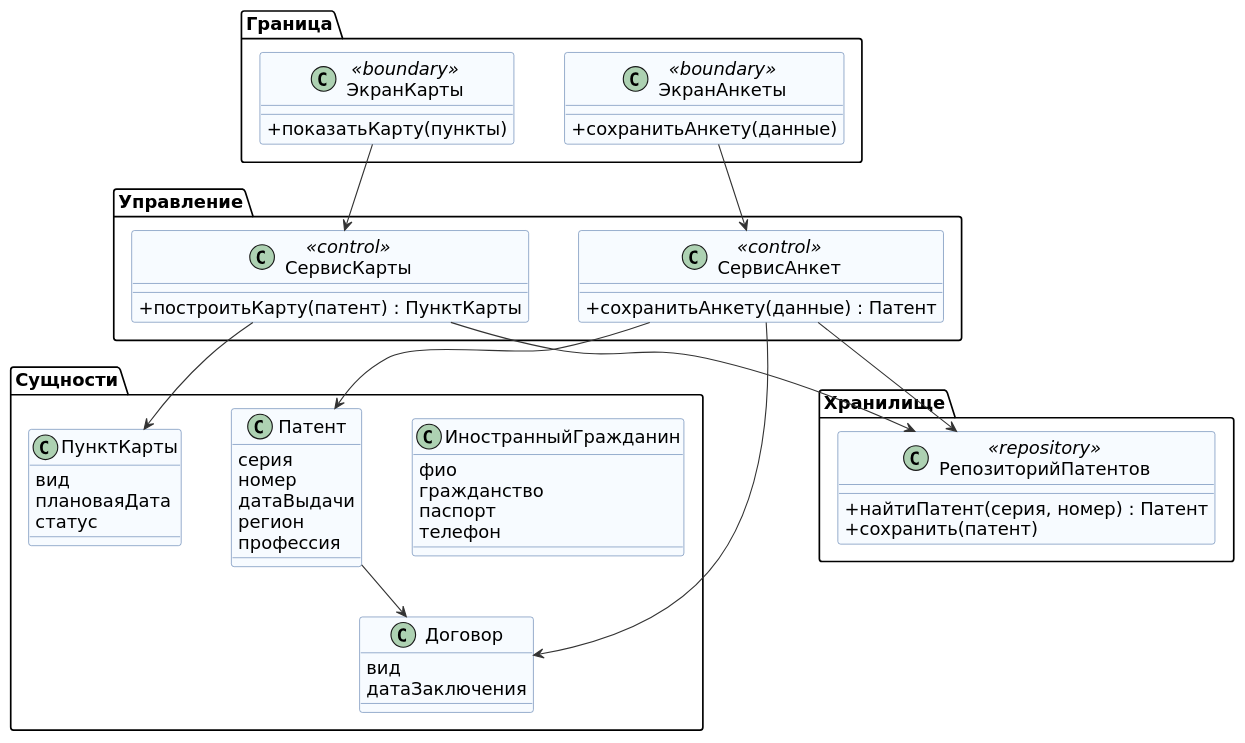
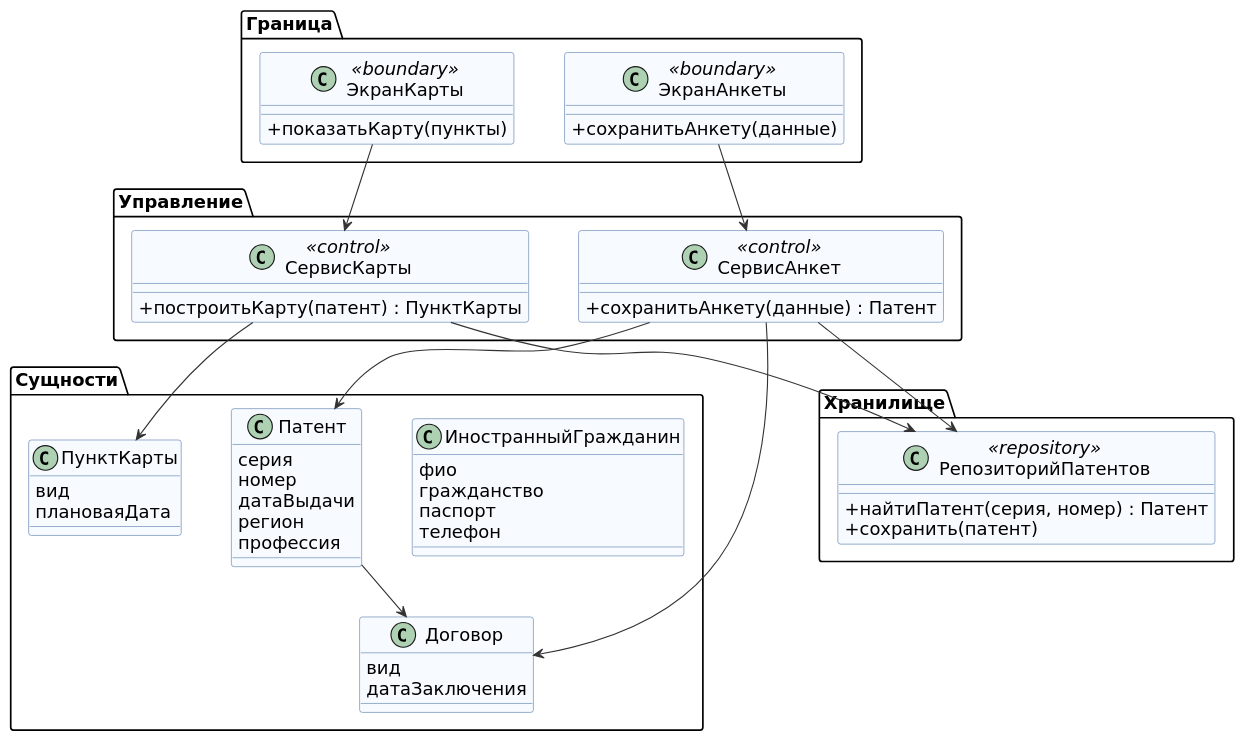
Before and after one commit to mflkee/study: the diagram in tsu/5sem/Функциональное моделирование систем/документы/src/design-classes.puml, drawn with PlantUML. The commit also changed 5 other files, not shown here.

```diff
--- a/tsu/5sem/Функциональное моделирование систем/документы/src/design-classes.puml
+++ b/tsu/5sem/Функциональное моделирование систем/документы/src/design-classes.puml
@@ -1,73 +1,72 @@
 @startuml class-diagram
 ' Лаб. 5: классы проектирования. Согласовано с диаграммами коммуникаций лабы 4.
 skinparam shadowing false
 skinparam defaultFontName "DejaVu Sans"
 skinparam defaultFontSize 16
 skinparam classAttributeIconSize 0
 skinparam nodesep 45
 skinparam ranksep 45
 skinparam class {
   BackgroundColor #F7FBFF
   BorderColor #4A6FA5
 }
 skinparam ArrowColor #333333
 
 package "Граница" {
   class ЭкранАнкеты <<boundary>> {
     + сохранитьАнкету(данные)
   }
   class ЭкранКарты <<boundary>> {
     + показатьКарту(пункты)
   }
 }
 
 package "Управление" {
   class СервисАнкет <<control>> {
     + сохранитьАнкету(данные) : Патент
   }
   class СервисКарты <<control>> {
     + построитьКарту(патент) : ПунктКарты
   }
 }
 
 package "Сущности" {
   class ИностранныйГражданин {
     фио
     гражданство
     паспорт
     телефон
   }
   class Патент {
     серия
     номер
     датаВыдачи
     регион
     профессия
   }
   class Договор {
     вид
     датаЗаключения
   }
   class ПунктКарты {
     вид
     плановаяДата
-    статус
   }
 }
 
 package "Хранилище" {
   class РепозиторийПатентов <<repository>> {
     + найтиПатент(серия, номер) : Патент
     + сохранить(патент)
   }
 }
 
 ЭкранАнкеты --> СервисАнкет
 ЭкранКарты --> СервисКарты
 СервисАнкет --> Патент
 СервисАнкет --> Договор
 СервисАнкет --> РепозиторийПатентов
 СервисКарты --> ПунктКарты
 СервисКарты --> РепозиторийПатентов
 Патент --> Договор
 @enduml
```
